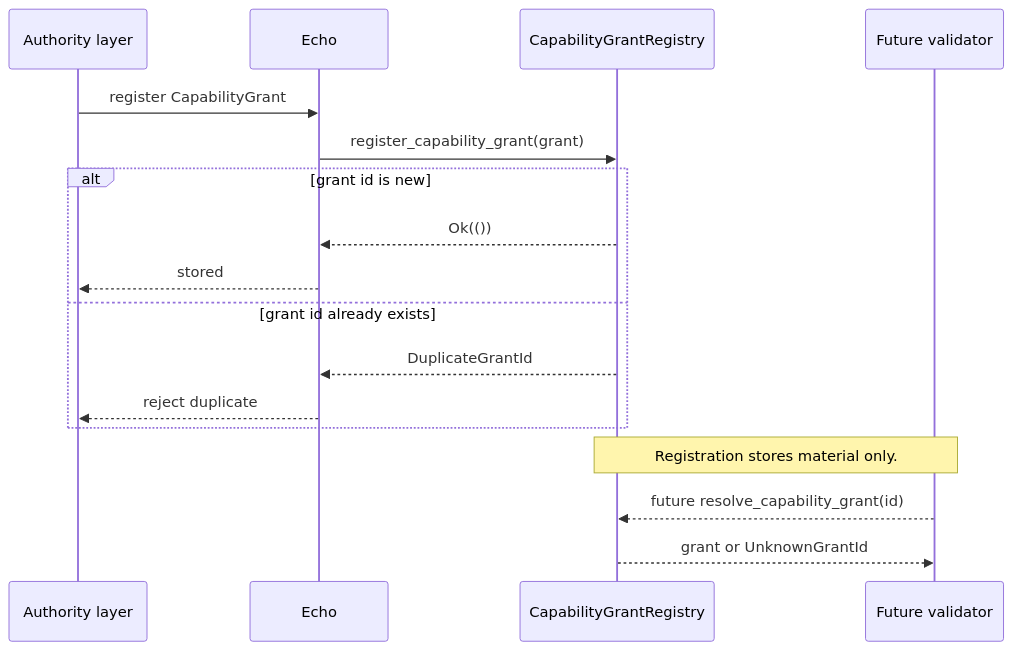
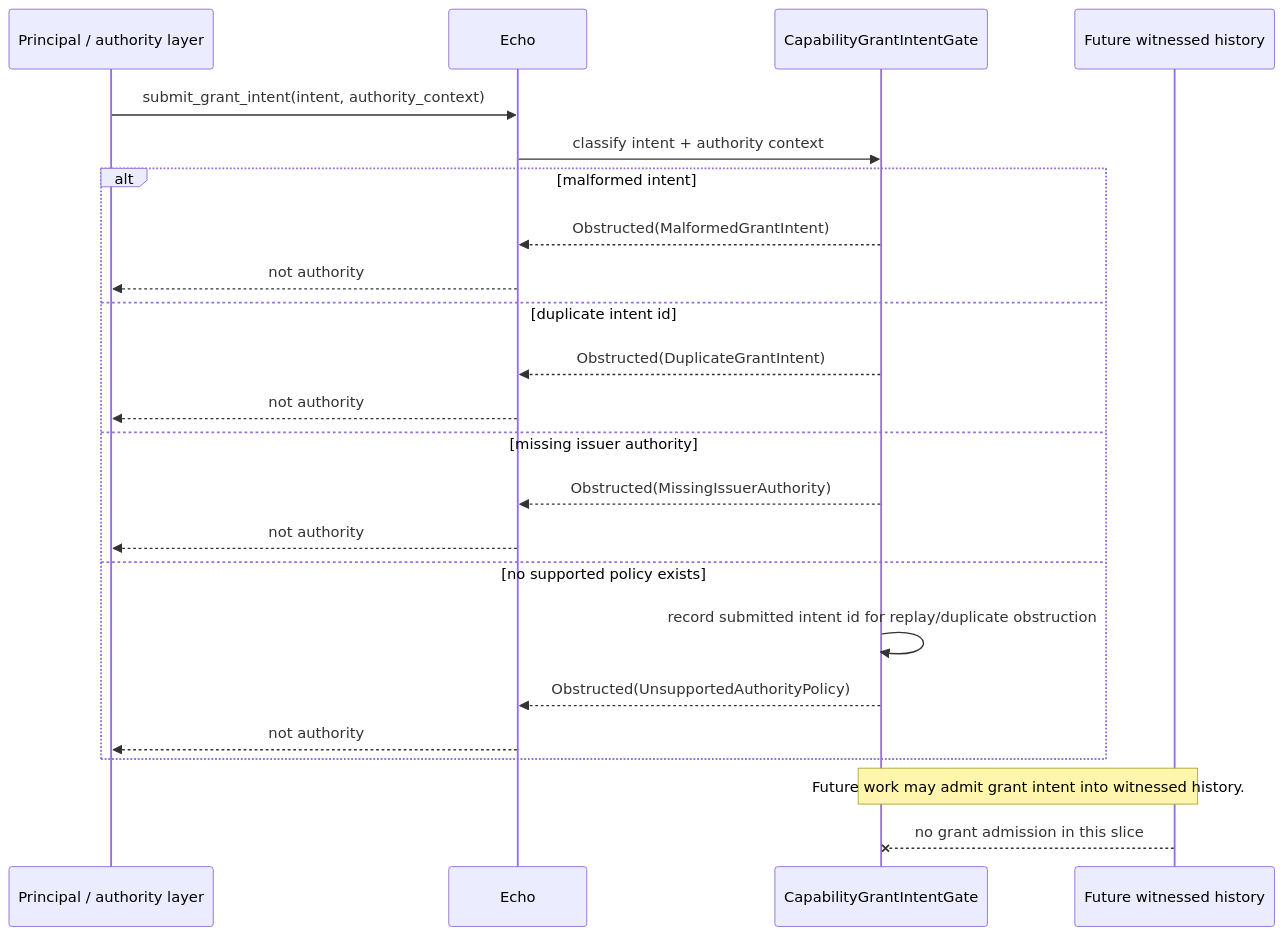
The second of 5 diagrams in docs/design/optic-capability-grant-registry.md (flyingrobots/echo), drawn with Mermaid before and after one commit. The commit also changed other lines of this file and 5 other files, not shown here.

Commit message:
feat(core): add capability grant intent obstruction skeleton

````diff
--- a/docs/design/optic-capability-grant-registry.md
+++ b/docs/design/optic-capability-grant-registry.md
@@ -68,21 +82,27 @@
 ```mermaid
 sequenceDiagram
-  participant A as Authority layer
+  participant P as Principal / authority layer
   participant E as Echo
-  participant R as CapabilityGrantRegistry
-  participant F as Future validator
+  participant G as CapabilityGrantIntentGate
+  participant H as Future witnessed history
 
-  A->>E: register CapabilityGrant
-  E->>R: register_capability_grant(grant)
-  alt grant id is new
-    R-->>E: Ok(())
-    E-->>A: stored
-  else grant id already exists
-    R-->>E: DuplicateGrantId
-    E-->>A: reject duplicate
+  P->>E: submit_grant_intent(intent, authority_context)
+  E->>G: classify intent + authority context
+  alt malformed intent
+    G-->>E: Obstructed(MalformedGrantIntent)
+    E-->>P: not authority
+  else duplicate intent id
+    G-->>E: Obstructed(DuplicateGrantIntent)
+    E-->>P: not authority
+  else missing issuer authority
+    G-->>E: Obstructed(MissingIssuerAuthority)
+    E-->>P: not authority
+  else no supported policy exists
+    G->>G: record submitted intent id for replay/duplicate obstruction
+    G-->>E: Obstructed(UnsupportedAuthorityPolicy)
+    E-->>P: not authority
   end
 
-  Note over R,F: Registration stores material only.
-  F-->>R: future resolve_capability_grant(id)
-  R-->>F: grant or UnknownGrantId
+  Note over G,H: Future work may admit grant intent into witnessed history.
+  H--xG: no grant admission in this slice
 ```
````
